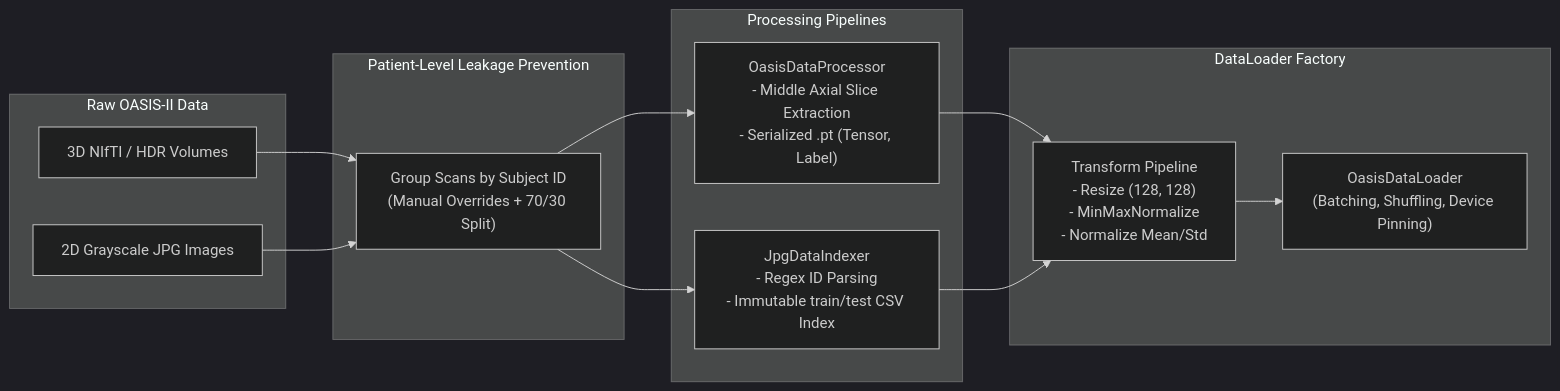
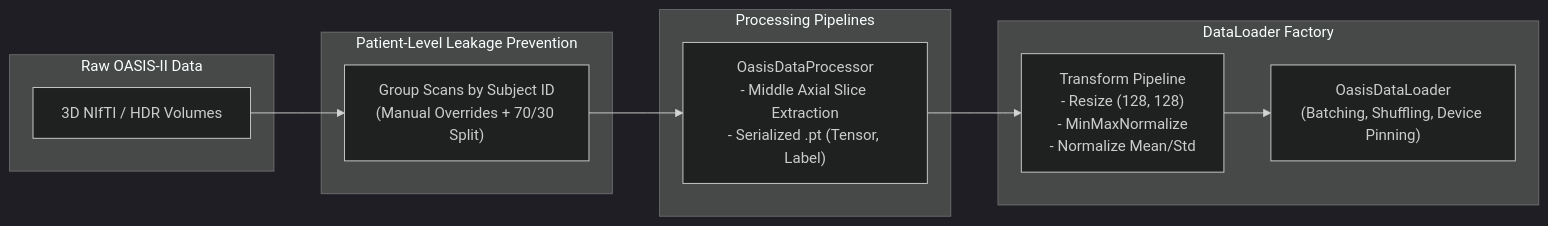
The second of 6 diagrams in docs/architecture.md (IC-QML-QTL-Dementia-Detection/dementia-boost), drawn with Mermaid (dark theme) before and after one commit. The commit also changed other lines of this file and 17 other files, not shown here.

Commit message:
refactor(data): remove the legacy JPG pipeline and the pillow dependency

````diff
--- a/docs/architecture.md
+++ b/docs/architecture.md
@@ -82,29 +78,24 @@
 ```mermaid
 flowchart LR
     subgraph RawData ["Raw OASIS-II Data"]
         NIFTI_FILES["3D NIfTI / HDR Volumes"]
-        JPG_FILES["2D Grayscale JPG Images"]
     end
 
     subgraph SplitLogic ["Patient-Level Leakage Prevention"]
         SUBJ_SPLIT["Group Scans by Subject ID<br/>(Manual Overrides + 70/30 Split)"]
     end
 
     subgraph Pipelines ["Processing Pipelines"]
         NIFTI_PIPE["OasisDataProcessor<br/>- Middle Axial Slice Extraction<br/>- Serialized .pt (Tensor, Label)"]
-        JPG_PIPE["JpgDataIndexer<br/>- Regex ID Parsing<br/>- Immutable train/test CSV Index"]
     end
 
     subgraph Loaders ["DataLoader Factory"]
         TRANSFORMS["Transform Pipeline<br/>- Resize (128, 128)<br/>- MinMaxNormalize<br/>- Normalize Mean/Std"]
         LOADER["OasisDataLoader<br/>(Batching, Shuffling, Device Pinning)"]
     end
 
     NIFTI_FILES --> SUBJ_SPLIT
-    JPG_FILES --> SUBJ_SPLIT
     SUBJ_SPLIT --> NIFTI_PIPE
-    SUBJ_SPLIT --> JPG_PIPE
     NIFTI_PIPE --> TRANSFORMS
-    JPG_PIPE --> TRANSFORMS
     TRANSFORMS --> LOADER
 ```
````
